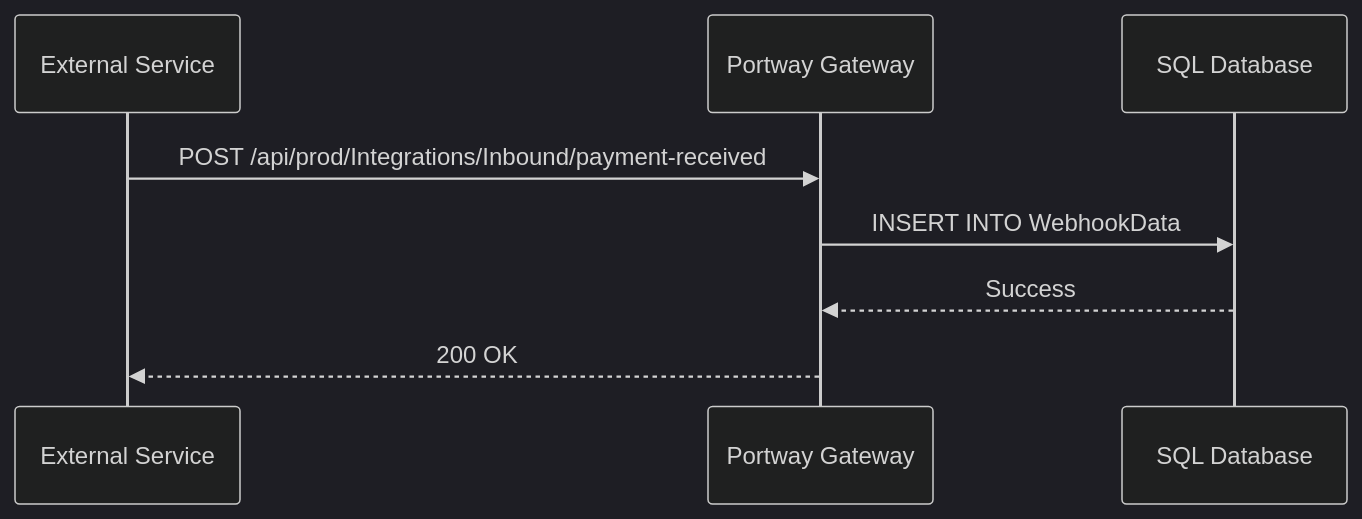
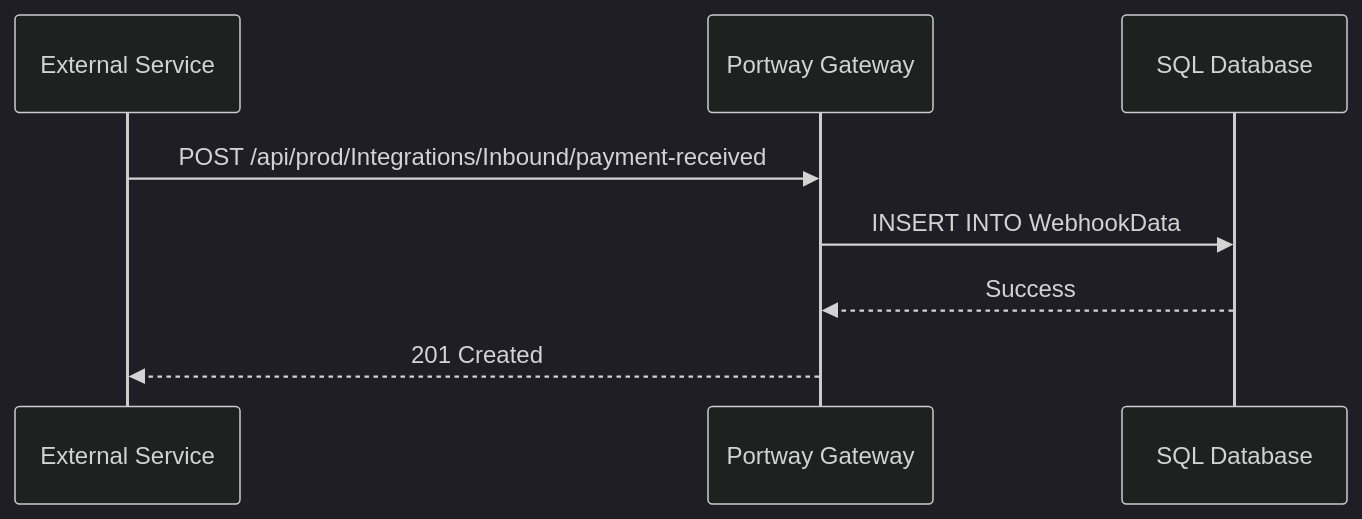
One commit to melosso/portway changed the diagram in Documentation/docs/guide/endpoints-webhook.md. Above: the diagram before and after it, drawn with Mermaid (dark theme). The commit also changed other lines of this file and 58 other files, not shown here.

````diff
--- a/Documentation/docs/guide/endpoints-webhook.md
+++ b/Documentation/docs/guide/endpoints-webhook.md
@@ -14,11 +14,11 @@
 ```mermaid
 sequenceDiagram
     participant External as External Service
     participant Portway as Portway Gateway
     participant DB as SQL Database
 
     External->>Portway: POST /api/prod/Integrations/Inbound/payment-received
     Portway->>DB: INSERT INTO WebhookData
     DB-->>Portway: Success
-    Portway-->>External: 200 OK
+    Portway-->>External: 201 Created
 ```
````
